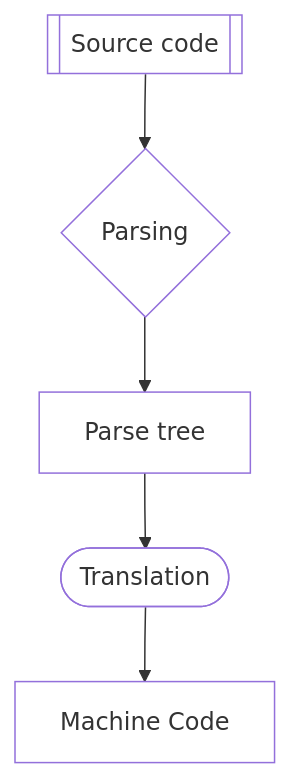
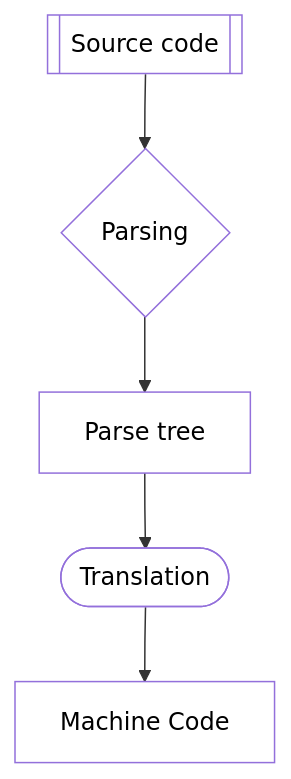
One commit to pesto-students/p3-priyanka-aravinthraaj changed the third of 6 diagrams in Week-1/Browser.md. Above: the diagram before and after it, drawn with Mermaid. The commit also changed other lines of this file, not shown here.

````diff
--- a/Week-1/Browser.md
+++ b/Week-1/Browser.md
@@ -74,12 +74,12 @@
 ```mermaid
   flowchart TB;
       1[[Source code]];
       2{Parsing};
       3[Parse tree];
       4([Translation]);
       5[Machine Code]
       1-->2-->3-->4-->5;
-      classDef customStyle fill:#fff;
+      classDef customStyle fill:#fff,color:#000;
       class 1,2,3,4,5,6 customStyle;
 
 ```
````
